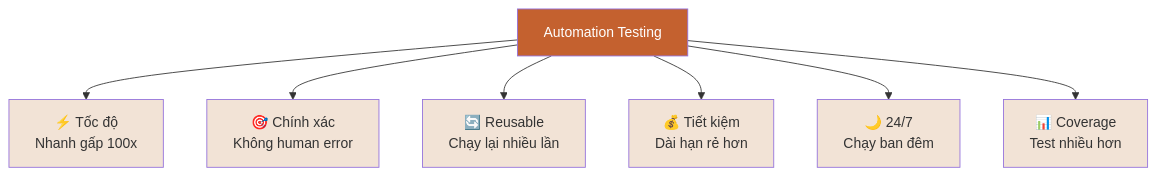
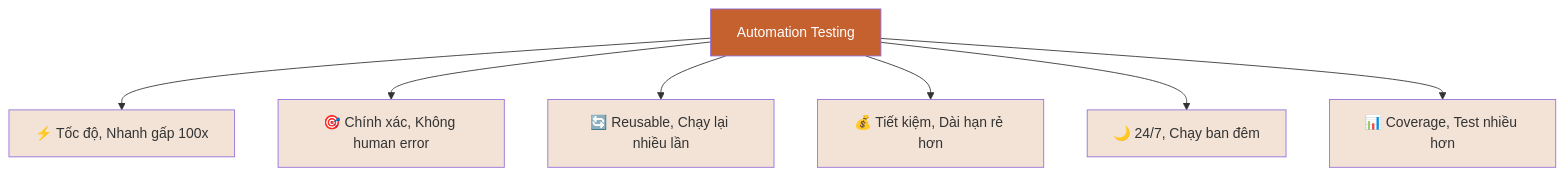
Before and after one commit to namnd0806/automation-testing-cource: the second of 11 diagrams in 01-automation-testing-fundamentals.md, drawn with Mermaid. The commit also changed other lines of this file and 4 other files, not shown here.

First line of the commit message:
Fix: Sửa tất cả sơ đồ Mermaid lỗi format

````diff
--- a/01-automation-testing-fundamentals.md
+++ b/01-automation-testing-fundamentals.md
@@ -89,18 +89,18 @@
 ```mermaid
 graph TD
     A[Automation Testing]
-    A --> B[⚡ Tốc độ<br/>Nhanh gấp 100x]
-    A --> C[🎯 Chính xác<br/>Không human error]
-    A --> D[🔄 Reusable<br/>Chạy lại nhiều lần]
-    A --> E[💰 Tiết kiệm<br/>Dài hạn rẻ hơn]
-    A --> F[🌙 24/7<br/>Chạy ban đêm]
-    A --> G[📊 Coverage<br/>Test nhiều hơn]
+    A --> B[⚡ Tốc độ, Nhanh gấp 100x]
+    A --> C[🎯 Chính xác, Không human error]
+    A --> D[🔄 Reusable, Chạy lại nhiều lần]
+    A --> E[💰 Tiết kiệm, Dài hạn rẻ hơn]
+    A --> F[🌙 24/7, Chạy ban đêm]
+    A --> G[📊 Coverage, Test nhiều hơn]
     
     style A fill:#C4612F,color:#fff
     style B fill:#F2E3D6
     style C fill:#F2E3D6
     style D fill:#F2E3D6
     style E fill:#F2E3D6
     style F fill:#F2E3D6
     style G fill:#F2E3D6
 ```
````
